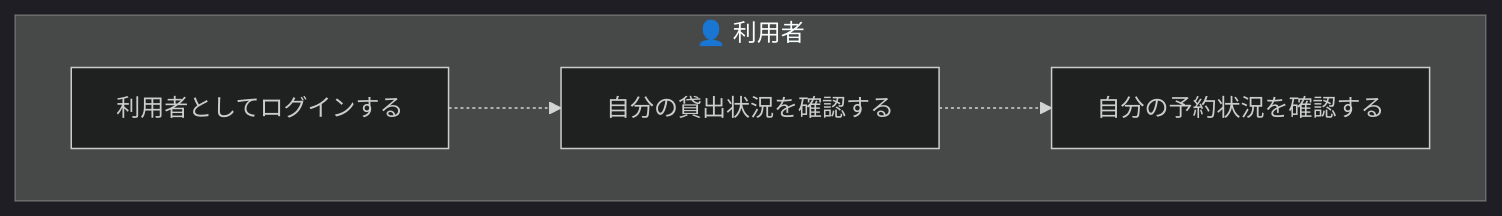
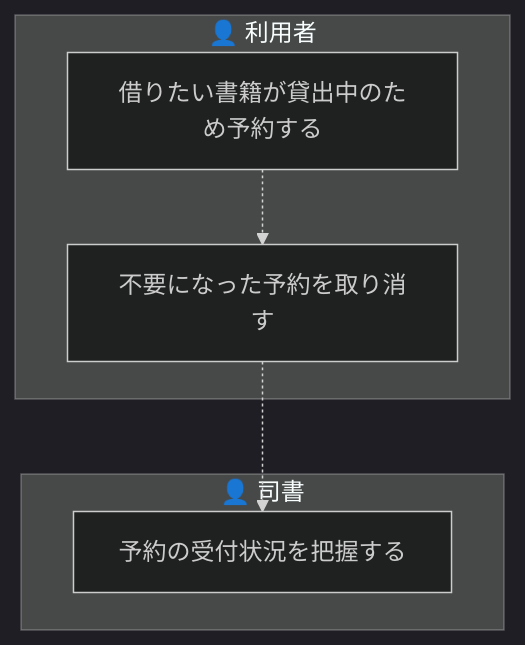
Before and after one commit to suwa-sh/suwa-sh-claude-plugins: the eighth of 9 diagrams in samples/distillery2/library-loan/docs/requirements/rdra/views/03_業務フロー.md, drawn with Mermaid (dark theme). The commit also changed other lines of this file and 249 other files, not shown here.

````diff
--- a/samples/distillery2/library-loan/docs/requirements/rdra/views/03_業務フロー.md
+++ b/samples/distillery2/library-loan/docs/requirements/rdra/views/03_業務フロー.md
@@ -170,10 +181,12 @@
 ```mermaid
 graph TD
   subgraph LN1["👤 利用者"]
-    AT1["利用者としてログインする"]
-    AT2["自分の貸出状況を確認する"]
-    AT3["自分の予約状況を確認する"]
+    AT1["借りたい書籍が貸出中のため予約する"]
+    AT2["不要になった予約を取り消す"]
+  end
+  subgraph LN2["👤 司書"]
+    AT3["予約の受付状況を把握する"]
   end
   AT1 -.-> AT2
   AT2 -.-> AT3
 ```
````
